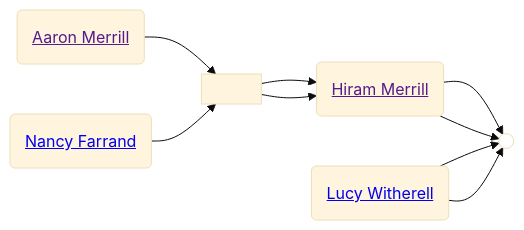
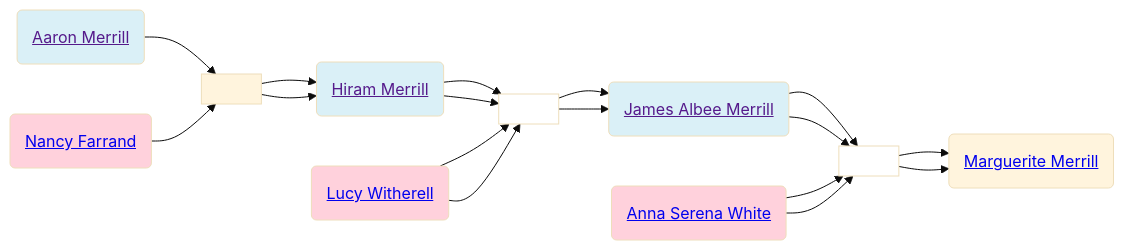
One commit to neelsmith/avocational changed the diagram in familyhistory/sources/people/Merrill-line/Aaron_Merrill.qmd. Above: the diagram before and after it, drawn with Mermaid (base theme). The commit also changed 91 other files, not shown here.

Commit message:
Rebuild descendant diagrams

````diff
--- a/familyhistory/sources/people/Merrill-line/Aaron_Merrill.qmd
+++ b/familyhistory/sources/people/Merrill-line/Aaron_Merrill.qmd
@@ -28,18 +28,41 @@
 ```{mermaid}
 graph LR
+%% LR descendant diagram
 class Aaron_Merrill_and_Nancy_Farrand marriage
 Aaron_Merrill(<a href=''>Aaron Merrill</>) --> Aaron_Merrill_and_Nancy_Farrand[ ]
 Nancy_Farrand(<a href='./Nancy_Farrand.html'>Nancy Farrand</>) --> Aaron_Merrill_and_Nancy_Farrand(( ))
+class Aaron_Merrill father
+class Nancy_Farrand mother
 Aaron_Merrill_and_Nancy_Farrand[ ] --> Hiram_Merrill(<a href='./Hiram_Merrill.html'>Hiram Merrill</>)
 class Hiram_Merrill_and_Lucy_Witherell marriage
 Hiram_Merrill(<a href=''>Hiram Merrill</>) --> Hiram_Merrill_and_Lucy_Witherell[ ]
 Lucy_Witherell(<a href='./Lucy_Witherell.html'>Lucy Witherell</>) --> Hiram_Merrill_and_Lucy_Witherell(( ))
+class Hiram_Merrill father
+class Lucy_Witherell mother
+Hiram_Merrill_and_Lucy_Witherell[ ] --> James_Albee_Merrill(<a href='./James_Albee_Merrill.html'>James Albee Merrill</>)
+class James_Albee_Merrill_and_Anna_Serena_White marriage
+James_Albee_Merrill(<a href=''>James Albee Merrill</>) --> James_Albee_Merrill_and_Anna_Serena_White[ ]
+Anna_Serena_White(<a href='./White-line/Anna_Serena_White.html'>Anna Serena White</>) --> James_Albee_Merrill_and_Anna_Serena_White(( ))
+class James_Albee_Merrill father
+class Anna_Serena_White mother
+James_Albee_Merrill_and_Anna_Serena_White[ ] --> Marguerite_Merrill(<a href='./Marguerite_Merrill.html'>Marguerite Merrill</>)
+class Aaron_Merrill father
+class Nancy_Farrand mother
 Aaron_Merrill_and_Nancy_Farrand[ ] --> Hiram_Merrill(<a href='./Hiram_Merrill.html'>Hiram Merrill</>)
 class Hiram_Merrill_and_Lucy_Witherell marriage
 Hiram_Merrill(<a href=''>Hiram Merrill</>) --> Hiram_Merrill_and_Lucy_Witherell[ ]
 Lucy_Witherell(<a href='./Lucy_Witherell.html'>Lucy Witherell</>) --> Hiram_Merrill_and_Lucy_Witherell(( ))
+class Hiram_Merrill father
+class Lucy_Witherell mother
+Hiram_Merrill_and_Lucy_Witherell[ ] --> James_Albee_Merrill(<a href='./James_Albee_Merrill.html'>James Albee Merrill</>)
+class James_Albee_Merrill_and_Anna_Serena_White marriage
+James_Albee_Merrill(<a href=''>James Albee Merrill</>) --> James_Albee_Merrill_and_Anna_Serena_White[ ]
+Anna_Serena_White(<a href='./White-line/Anna_Serena_White.html'>Anna Serena White</>) --> James_Albee_Merrill_and_Anna_Serena_White(( ))
+class James_Albee_Merrill father
+class Anna_Serena_White mother
+James_Albee_Merrill_and_Anna_Serena_White[ ] --> Marguerite_Merrill(<a href='./Marguerite_Merrill.html'>Marguerite Merrill</>)
 classDef mother fill:#ffd1dc
 classDef father fill:#daf0f7  
 classDef marriage fill:#ffffff
 
 ```
````
